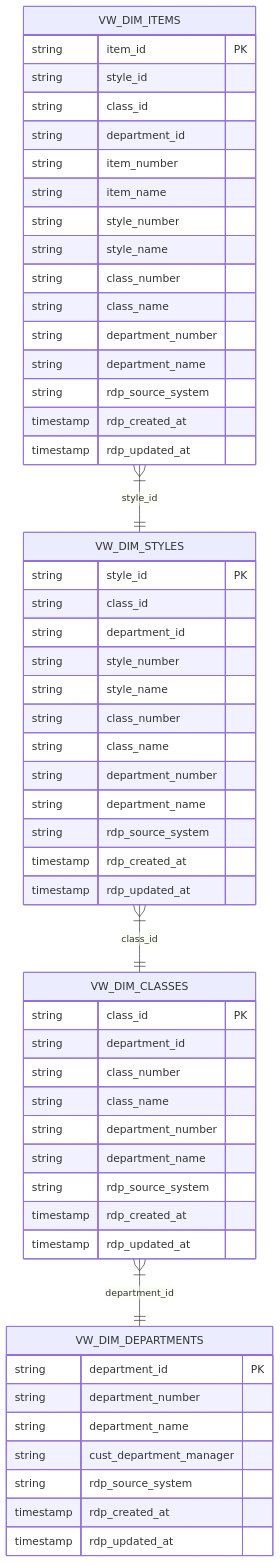
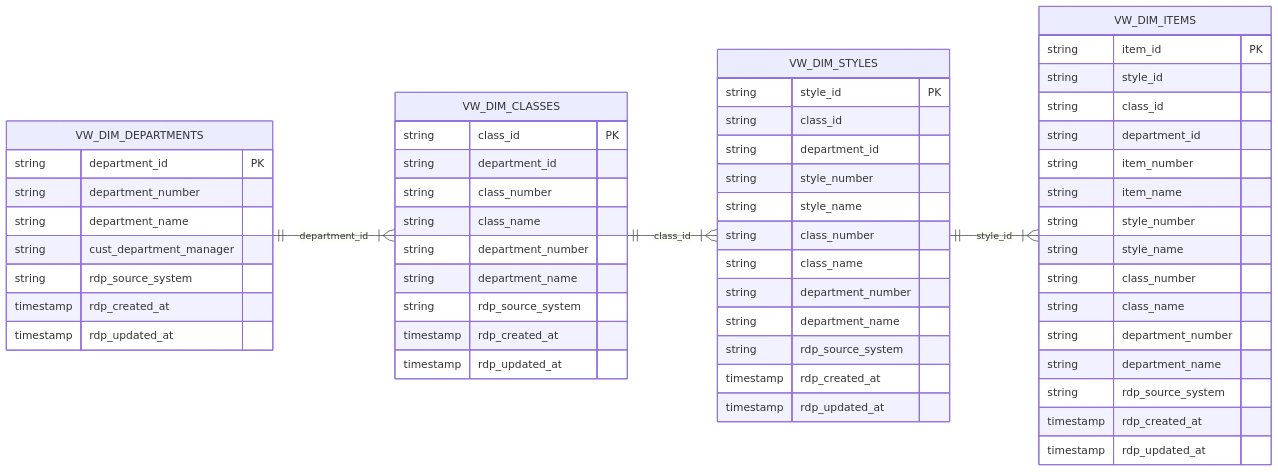
Before and after one commit to juanestebanpereira-bit/rdp-platform: the diagram in docs/subject_areas/products/product_hierarchy/erd.md, drawn with Mermaid. The commit also changed 4 other files, not shown here.

First line of the commit message:
Improve ERD rendering and add pan/zoom to docs site

````diff
--- a/docs/subject_areas/products/product_hierarchy/erd.md
+++ b/docs/subject_areas/products/product_hierarchy/erd.md
@@ -3,58 +3,59 @@
 ```mermaid
 %%{init: {"er": {"layoutDirection": "RL"}} }%%
 erDiagram
+  direction LR
   "VW_DIM_DEPARTMENTS" {
     string department_id PK
     string department_number
     string department_name
     string cust_department_manager
     string rdp_source_system
     timestamp rdp_created_at
     timestamp rdp_updated_at
   }
   "VW_DIM_CLASSES" {
     string class_id PK
     string department_id
     string class_number
     string class_name
     string department_number
     string department_name
     string rdp_source_system
     timestamp rdp_created_at
     timestamp rdp_updated_at
   }
   "VW_DIM_STYLES" {
     string style_id PK
     string class_id
     string department_id
     string style_number
     string style_name
     string class_number
     string class_name
     string department_number
     string department_name
     string rdp_source_system
     timestamp rdp_created_at
     timestamp rdp_updated_at
   }
   "VW_DIM_ITEMS" {
     string item_id PK
     string style_id
     string class_id
     string department_id
     string item_number
     string item_name
     string style_number
     string style_name
     string class_number
     string class_name
     string department_number
     string department_name
     string rdp_source_system
     timestamp rdp_created_at
     timestamp rdp_updated_at
   }
-  "VW_DIM_CLASSES" }|--|| "VW_DIM_DEPARTMENTS": department_id
-  "VW_DIM_STYLES" }|--|| "VW_DIM_CLASSES": class_id
-  "VW_DIM_ITEMS" }|--|| "VW_DIM_STYLES": style_id
+  "VW_DIM_DEPARTMENTS" ||--|{ "VW_DIM_CLASSES": department_id
+  "VW_DIM_CLASSES" ||--|{ "VW_DIM_STYLES": class_id
+  "VW_DIM_STYLES" ||--|{ "VW_DIM_ITEMS": style_id
 ```
````
